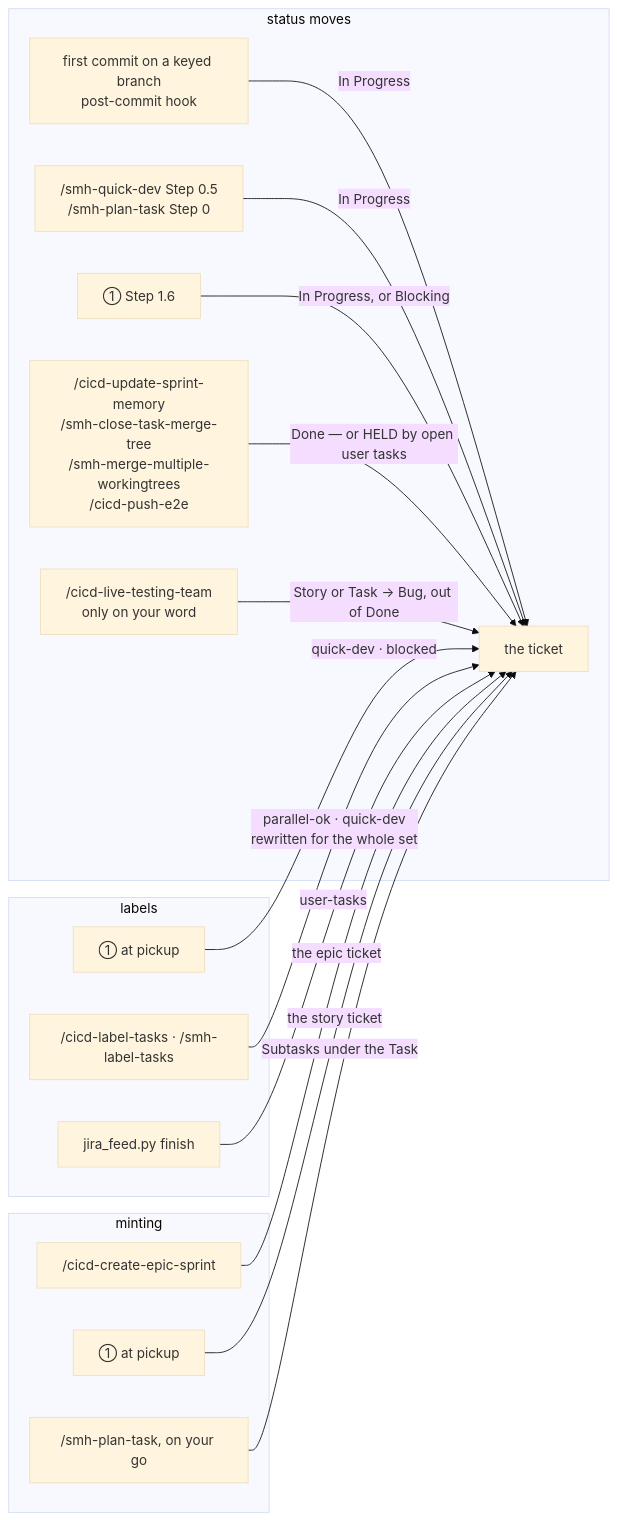
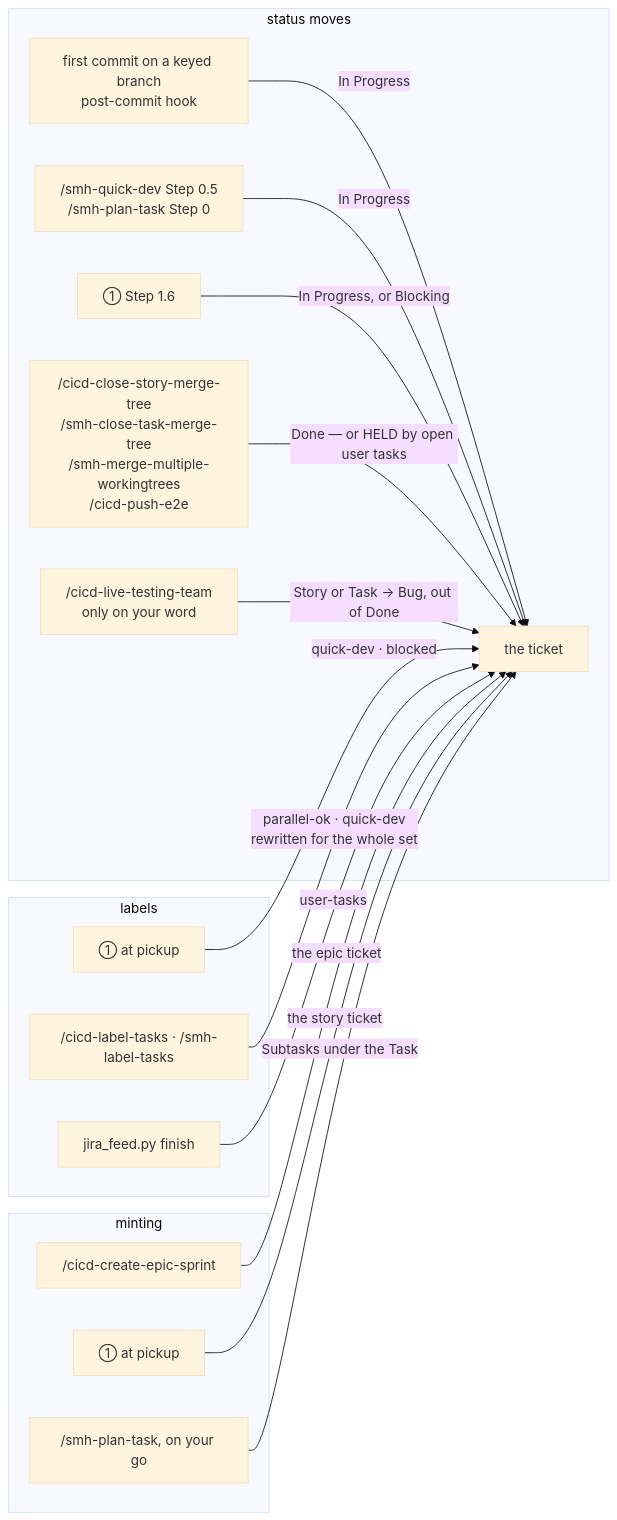
Diagram 13 of 45 in docs/_scc_sops_prds/workflows_testing_SOP.md (sudomadhatter/Sudo_Hatter_Command), drawn with Mermaid (base theme) before and after one commit. The commit also changed other lines of this file and 97 other files, not shown here.

First line of the commit message:
SCC-210 rebalance the cicd close-out: the door, the save, and the prune

````diff
--- a/docs/_scc_sops_prds/workflows_testing_SOP.md
+++ b/docs/_scc_sops_prds/workflows_testing_SOP.md
@@ -2354,20 +2383,20 @@
 ```mermaid
 flowchart LR
     subgraph MOVE ["status moves"]
         A["first commit on a keyed branch\npost-commit hook"] -->|"In Progress"| B["the ticket"]
         C["/smh-quick-dev Step 0.5\n/smh-plan-task Step 0"] -->|"In Progress"| B
         D["① Step 1.6"] -->|"In Progress, or Blocking"| B
-        E["/cicd-update-sprint-memory\n/smh-close-task-merge-tree\n/smh-merge-multiple-workingtrees\n/cicd-push-e2e"] -->|"Done — or HELD by open user tasks"| B
+        E["/cicd-close-story-merge-tree\n/smh-close-task-merge-tree\n/smh-merge-multiple-workingtrees\n/cicd-push-e2e"] -->|"Done — or HELD by open user tasks"| B
         F["/cicd-live-testing-team\nonly on your word"] -->|"Story or Task → Bug, out of Done"| B
     end
     subgraph LABEL ["labels"]
         G["① at pickup"] -->|"quick-dev · blocked"| B
         H["/cicd-label-tasks · /smh-label-tasks"] -->|"parallel-ok · quick-dev\nrewritten for the whole set"| B
         I["jira_feed.py finish"] -->|"user-tasks"| B
     end
     subgraph MINT ["minting"]
         J["/cicd-create-epic-sprint"] -->|"the epic ticket"| B
         K["① at pickup"] -->|"the story ticket"| B
         L["/smh-plan-task, on your go"] -->|"Subtasks under the Task"| B
     end
 ```
````
